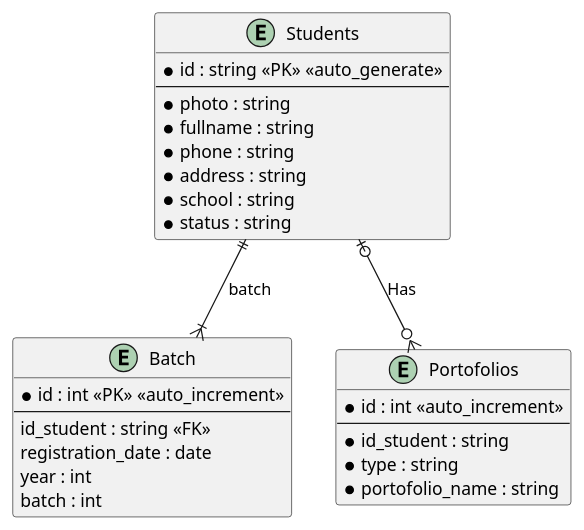
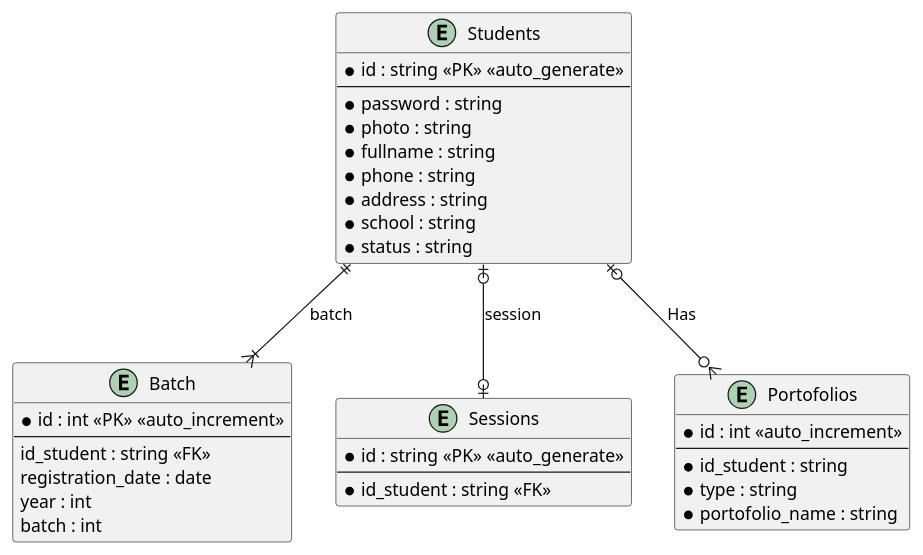
One commit to anom768/uqi_academy changed the diagram in erd.puml. Above: the diagram before and after it, drawn with PlantUML. The commit also changed 23 other files, not shown here.

```diff
--- a/erd.puml
+++ b/erd.puml
@@ -1,52 +1,60 @@
 @startuml
 
 entity Students {
     *id : string <<PK>> <<auto_generate>>
     --
+    *password : string
     *photo : string
     *fullname : string
     *phone : string
     *address : string
     *school : string
     *status : string
 }
 
 entity Batch {
     *id : int <<PK>> <<auto_increment>>
     --
     id_student : string <<FK>>
     registration_date : date
     year : int
     batch : int
+}
+
+entity Sessions {
+    *id : string <<PK>> <<auto_generate>>
+    --
+    *id_student : string <<FK>>
 }
 
 ' entity Employees {
 '     *id : string <<PK>> <<auto_generate>>
 '     --
 '     *photo : string
 '     *fullname : string
 '     *phone : string
 '     *email : string
 '     *address : string
 '     *id_role : int <<FK>>
 ' }
 
 ' entity Roles {
 '     *id : int <<auto_increment>>
 '     --
 '     *role : string
 ' }
 
 entity Portofolios {
     *id : int <<auto_increment>>
     --
     *id_student : string
     *type : string
     *portofolio_name : string
 }
 
 Students |o--o{ Portofolios : Has
 Students ||--|{ Batch : batch
+Students |o--o| Sessions : session
 ' Employees ||--|{ Roles : Role
 
 @enduml
```
